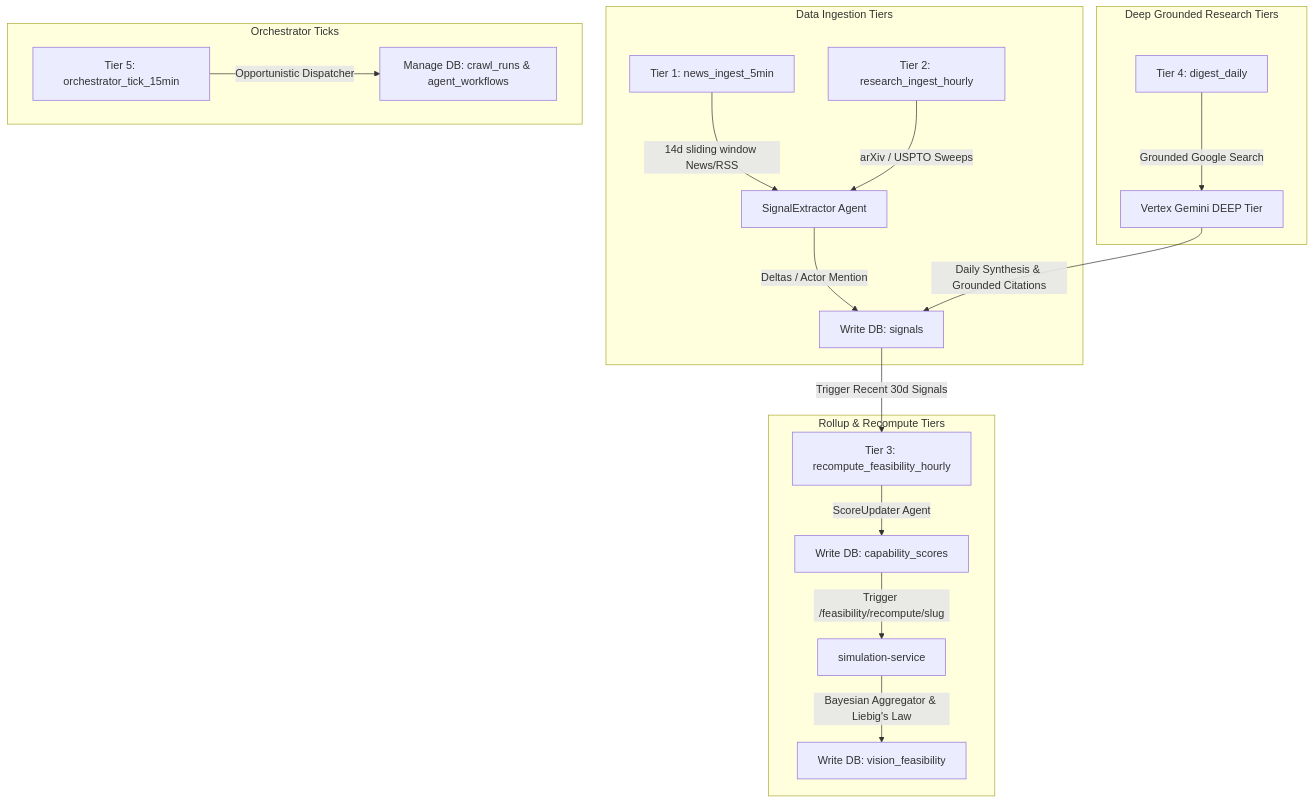
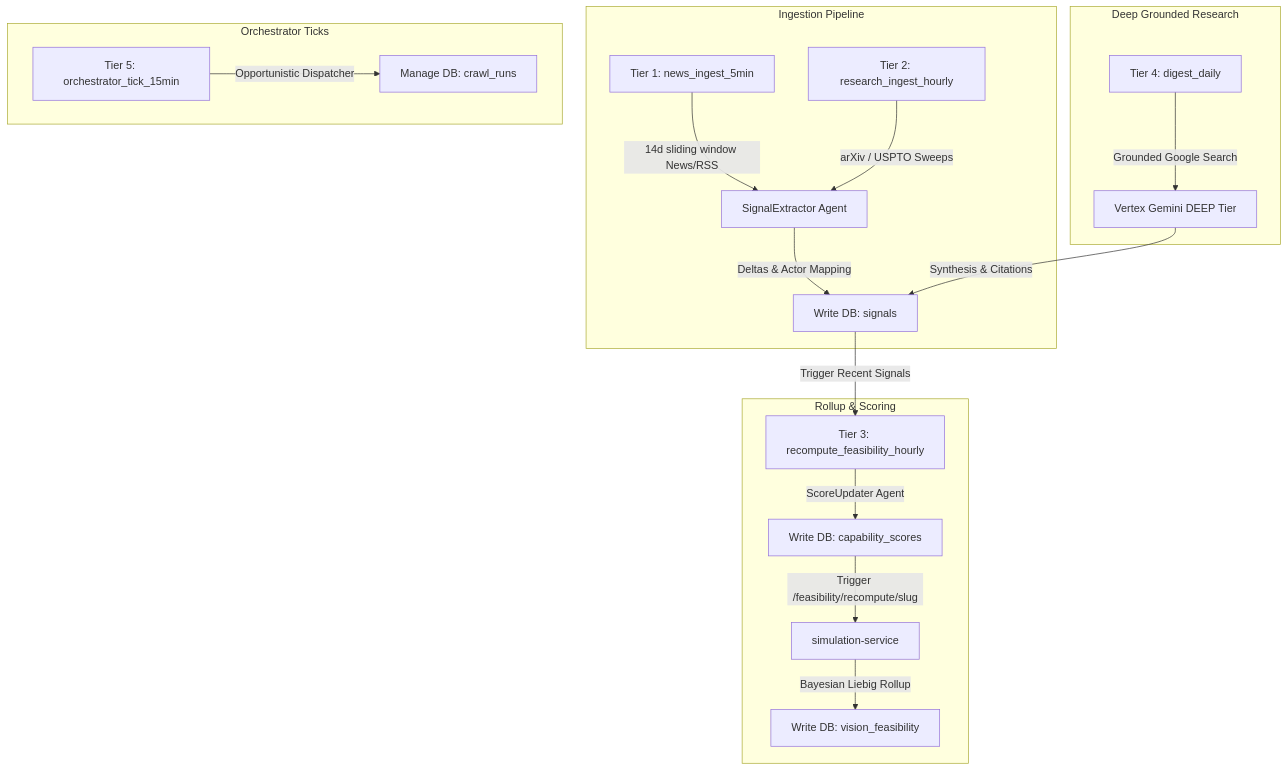
One commit to JinJis/sector-simulator-platform changed the diagram in services/data-pipeline/README.md. Above: the diagram before and after it, drawn with Mermaid. The commit also changed other lines of this file and 6 other files, not shown here.

````diff
--- a/services/data-pipeline/README.md
+++ b/services/data-pipeline/README.md
@@ -63,24 +64,24 @@
 ```mermaid
 flowchart TD
-    subgraph Data Ingestion Tiers
+    subgraph Ingestion Pipeline
         T1[Tier 1: news_ingest_5min] -->|14d sliding window News/RSS| Extractor[SignalExtractor Agent]
         T2[Tier 2: research_ingest_hourly] -->|arXiv / USPTO Sweeps| Extractor
-        Extractor -->|Deltas / Actor Mention| WriteSig[Write DB: signals]
+        Extractor -->|Deltas & Actor Mapping| WriteSig[Write DB: signals]
     end
 
-    subgraph Rollup & Recompute Tiers
-        WriteSig -->|Trigger Recent 30d Signals| T3[Tier 3: recompute_feasibility_hourly]
+    subgraph Rollup & Scoring
+        WriteSig -->|Trigger Recent Signals| T3[Tier 3: recompute_feasibility_hourly]
         T3 -->|ScoreUpdater Agent| UpdCap[Write DB: capability_scores]
         UpdCap -->|Trigger /feasibility/recompute/slug| SimService[simulation-service]
-        SimService -->|Bayesian Aggregator & Liebig's Law| WriteFeas[Write DB: vision_feasibility]
+        SimService -->|Bayesian Liebig Rollup| WriteFeas[Write DB: vision_feasibility]
     end
 
-    subgraph Deep Grounded Research Tiers
+    subgraph Deep Grounded Research
         T4[Tier 4: digest_daily] -->|Grounded Google Search| DeepGemini[Vertex Gemini DEEP Tier]
-        DeepGemini -->|Daily Synthesis & Grounded Citations| WriteSig
+        DeepGemini -->|Synthesis & Citations| WriteSig
     end
 
     subgraph Orchestrator Ticks
-        T5[Tier 5: orchestrator_tick_15min] -->|Opportunistic Dispatcher| CrawlRuns[Manage DB: crawl_runs & agent_workflows]
+        T5[Tier 5: orchestrator_tick_15min] -->|Opportunistic Dispatcher| CrawlRuns[Manage DB: crawl_runs]
     end
 ```
````
